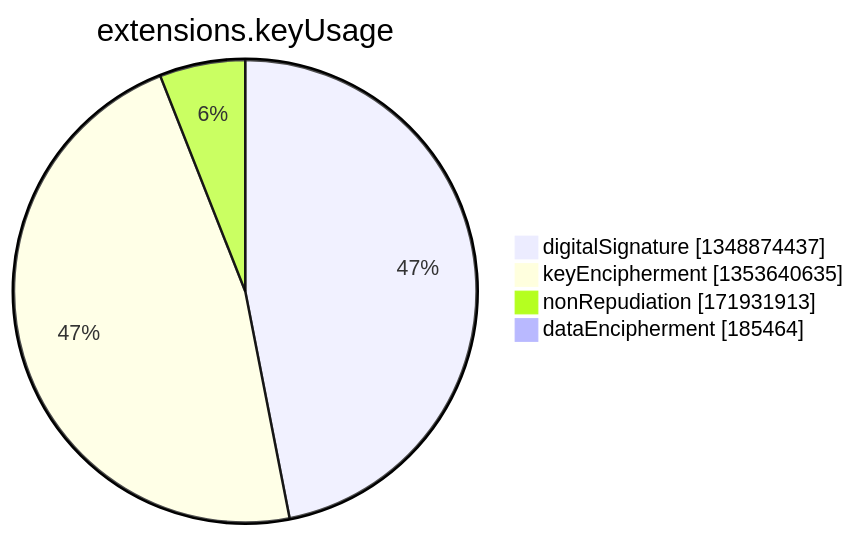
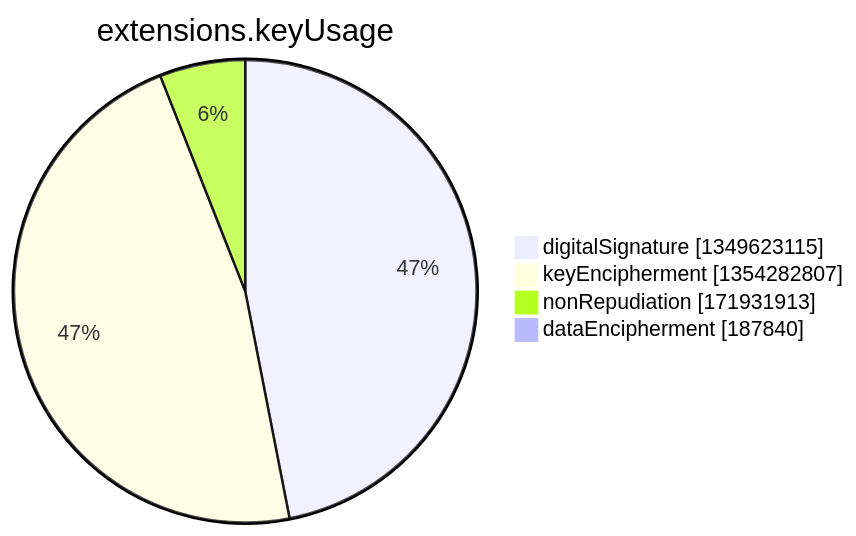
One commit to christiankrug/ctmonitor_visualization changed the seventh of 15 diagrams in argon2022/README.md. Above: the diagram before and after it, drawn with Mermaid. The commit also changed other lines of this file, not shown here.

````diff
--- a/argon2022/README.md
+++ b/argon2022/README.md
@@ -2750,8 +2750,8 @@
 ```mermaid
 pie showData
 title extensions.keyUsage
-"digitalSignature" :1348874437
-"keyEncipherment" :1353640635
+"digitalSignature" :1349623115
+"keyEncipherment" :1354282807
 "nonRepudiation" :171931913
-"dataEncipherment" :185464
+"dataEncipherment" :187840
 ```
````
